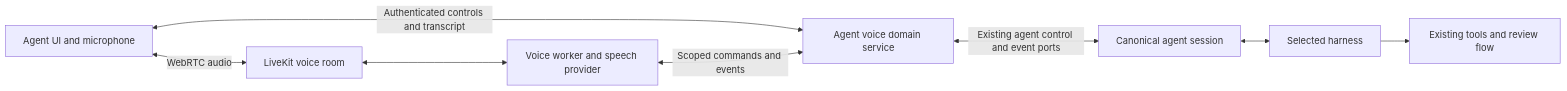
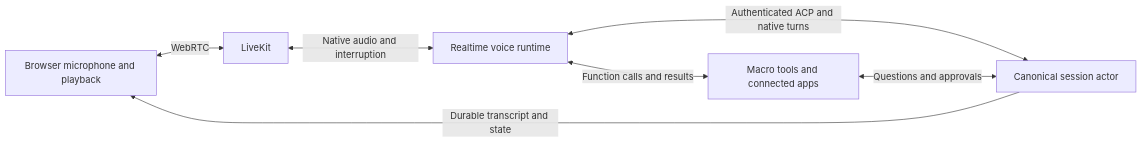
One commit to macro-inc/macro changed the diagram in docs/design/agent-voice-mode.md. Above: the diagram before and after it, drawn with Mermaid. The commit also changed other lines of this file and 60 other files, not shown here.

Commit message:
make voice the native Macro session runtime

````diff
--- a/docs/design/agent-voice-mode.md
+++ b/docs/design/agent-voice-mode.md
@@ -108,10 +9,9 @@
 ```mermaid
 flowchart LR
-  UI[Agent UI and microphone] <-->|WebRTC audio| LK[LiveKit voice room]
-  LK <--> W[Voice worker and speech provider]
-  UI <-->|Authenticated controls and transcript| V[Agent voice domain service]
-  W <-->|Scoped commands and events| V
-  V <-->|Existing agent control and event ports| S[Canonical agent session]
-  S <--> H[Selected harness]
-  H --> T[Existing tools and review flow]
+  UI[Browser microphone and playback] <-->|WebRTC| LK[LiveKit]
+  LK <-->|Native audio and interruption| RT[Realtime voice runtime]
+  RT <-->|Authenticated ACP and native turns| SESSION[Canonical session actor]
+  RT <-->|Function calls and results| TOOLS[Macro tools and connected apps]
+  TOOLS <-->|Questions and approvals| SESSION
+  SESSION -->|Durable transcript and state| UI
 ```
````
